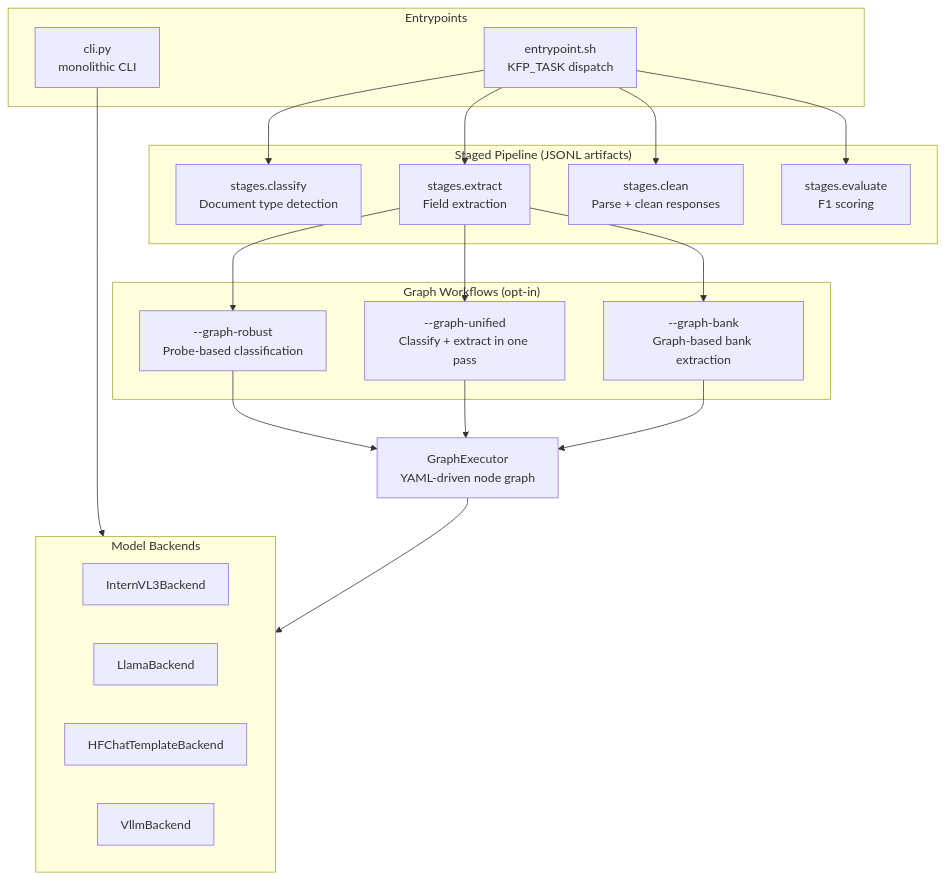
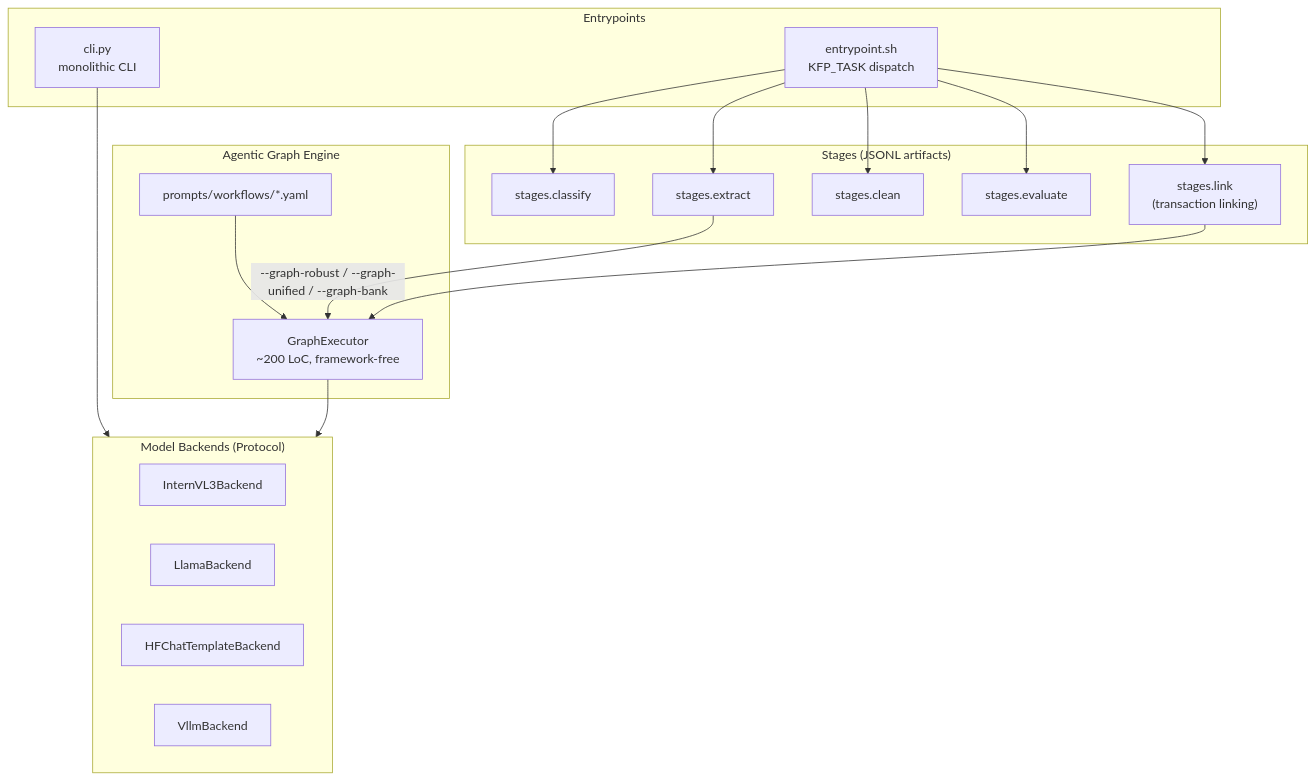
Before and after one commit to tmnestor/LMM_POC: the second of 6 diagrams in README.md, drawn with Mermaid. The commit also changed other lines of this file, not shown here.

Commit message:
docs: rewrite README for agentic extraction engine architecture

````diff
--- a/README.md
+++ b/README.md
@@ -39,35 +87,35 @@
 ```mermaid
 graph TD
     subgraph Entrypoints
         EP["entrypoint.sh<br/>KFP_TASK dispatch"]
         CLI["cli.py<br/>monolithic CLI"]
     end
 
-    subgraph Stages["Staged Pipeline (JSONL artifacts)"]
-        S1["stages.classify<br/>Document type detection"]
-        S2["stages.extract<br/>Field extraction"]
-        S3["stages.clean<br/>Parse + clean responses"]
-        S4["stages.evaluate<br/>F1 scoring"]
+    subgraph Stages["Stages (JSONL artifacts)"]
+        S1["stages.classify"]
+        S2["stages.extract"]
+        S3["stages.clean"]
+        S4["stages.evaluate"]
+        S5["stages.link<br/>(transaction linking)"]
     end
 
-    EP --> S1 & S2 & S3 & S4
-
-    subgraph Graph["Graph Workflows (opt-in)"]
-        GR["--graph-robust<br/>Probe-based classification"]
-        GU["--graph-unified<br/>Classify + extract in one pass"]
-        GB["--graph-bank<br/>Graph-based bank extraction"]
+    subgraph GraphEngine["Agentic Graph Engine"]
+        GE["GraphExecutor<br/>~200 LoC, framework-free"]
+        WF["prompts/workflows/*.yaml"]
+        WF --> GE
     end
 
-    S2 --> GR & GU & GB
-
-    subgraph Backends["Model Backends"]
+    subgraph Backends["Model Backends (Protocol)"]
         IVL["InternVL3Backend"]
         LLAMA["LlamaBackend"]
         HF["HFChatTemplateBackend"]
         VLLM["VllmBackend"]
     end
 
+    EP --> S1 & S2 & S3 & S4 & S5
     CLI --> Backends
-    GR & GU & GB --> GE["GraphExecutor<br/>YAML-driven node graph"]
+
+    S2 -->|--graph-robust / --graph-unified / --graph-bank| GE
+    S5 --> GE
     GE --> Backends
 ```
````
